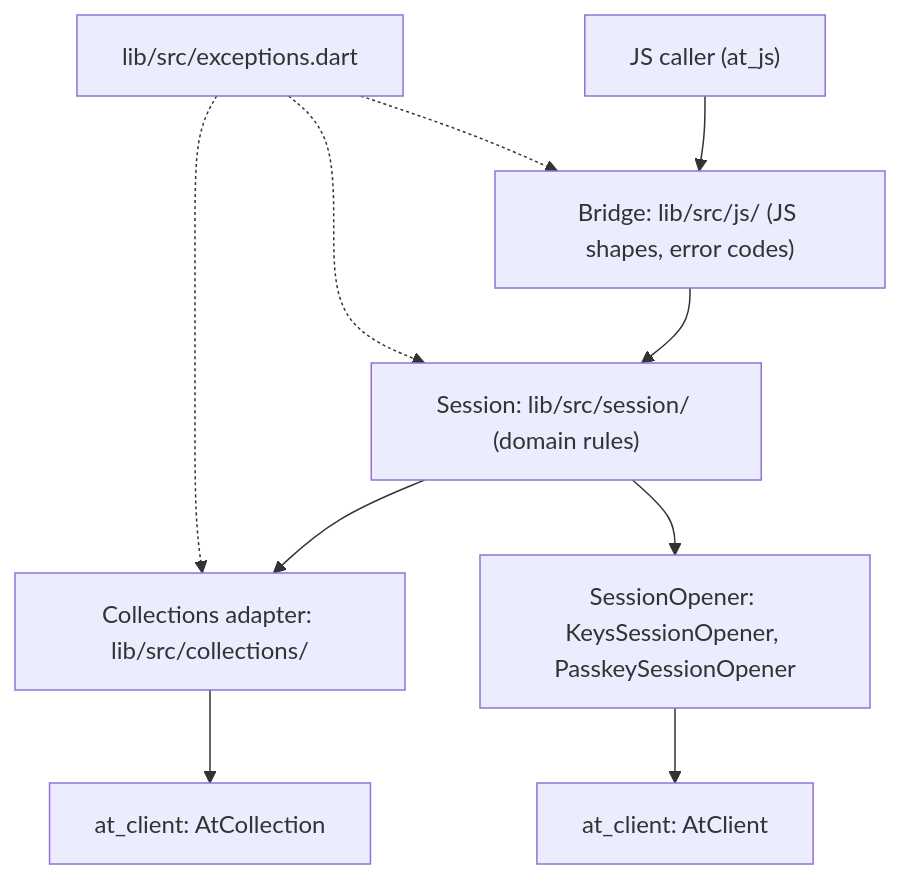
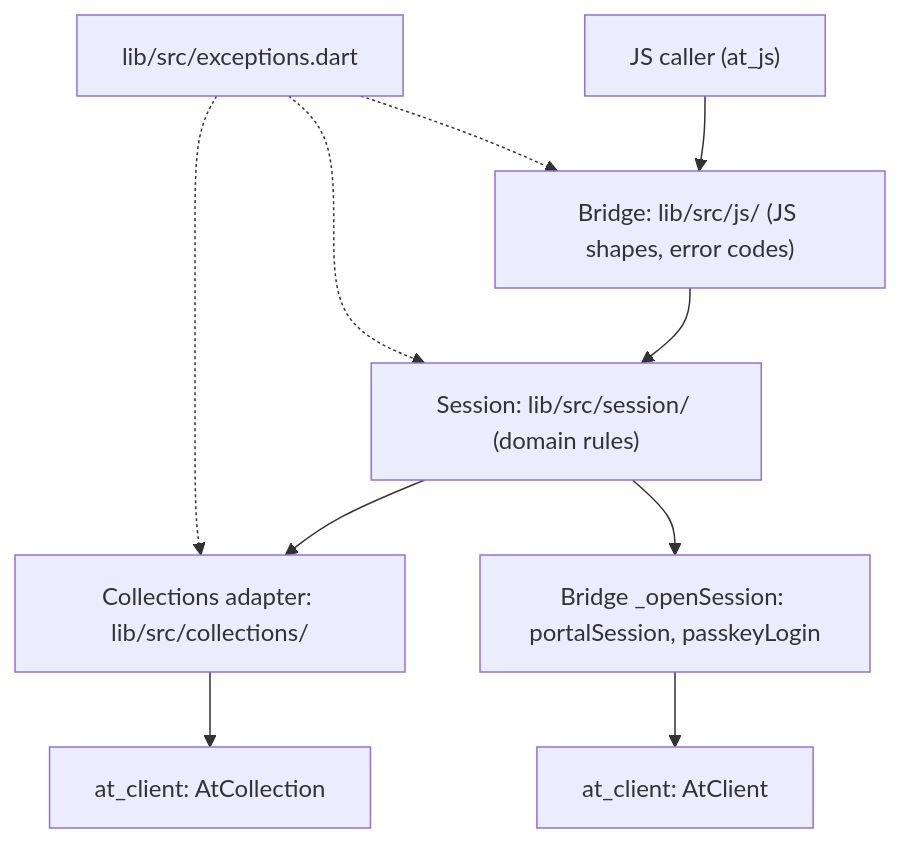
Before and after one commit to atsign-foundation/at_client_sdk: the diagram in docs/projects/wasm/bridge-layering.md, drawn with Mermaid. The commit also changed other lines of this file and 14 other files, not shown here.

Commit message:
at_client_web: open sessions through one private bridge function

````diff
--- a/docs/projects/wasm/bridge-layering.md
+++ b/docs/projects/wasm/bridge-layering.md
@@ -22,12 +22,12 @@
 ```mermaid
 flowchart TD
   JS["JS caller (at_js)"] --> B["Bridge: lib/src/js/ (JS shapes, error codes)"]
   B --> S["Session: lib/src/session/ (domain rules)"]
   S --> C["Collections adapter: lib/src/collections/"]
-  S --> O["SessionOpener: KeysSessionOpener, PasskeySessionOpener"]
+  S --> O["Bridge _openSession: portalSession, passkeyLogin"]
   C --> AC["at_client: AtCollection"]
   O --> AC2["at_client: AtClient"]
   X["lib/src/exceptions.dart"] -.-> B
   X -.-> S
   X -.-> C
 ```
````
